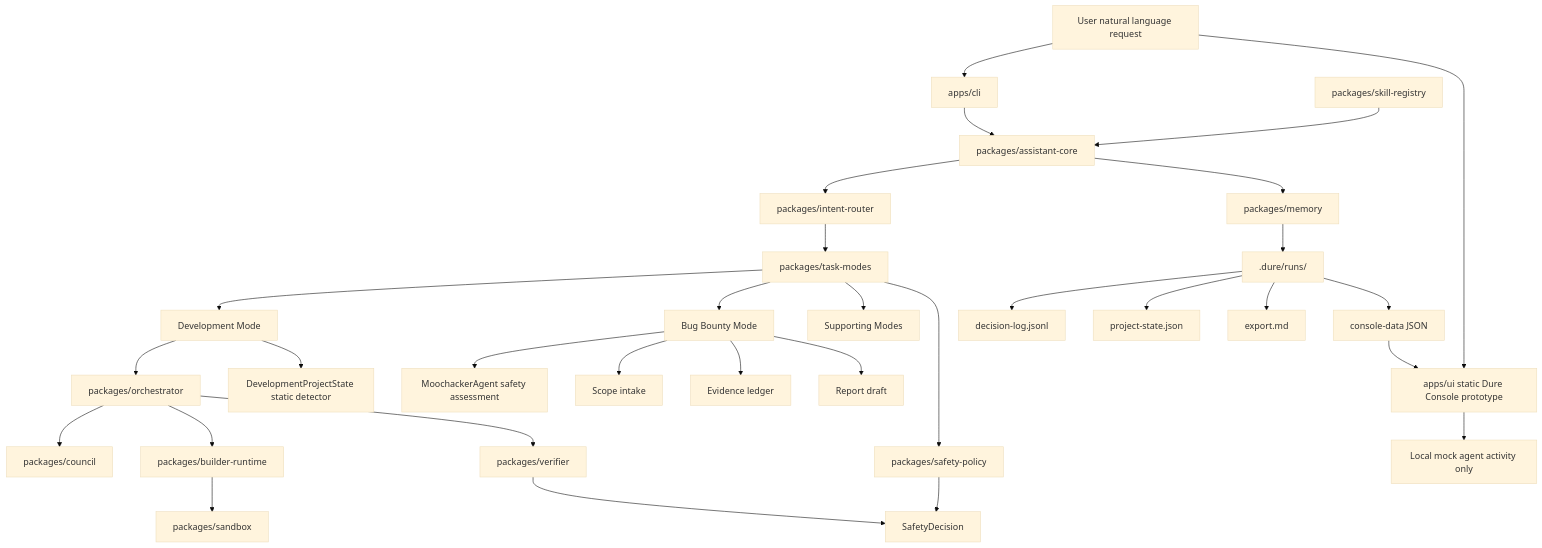
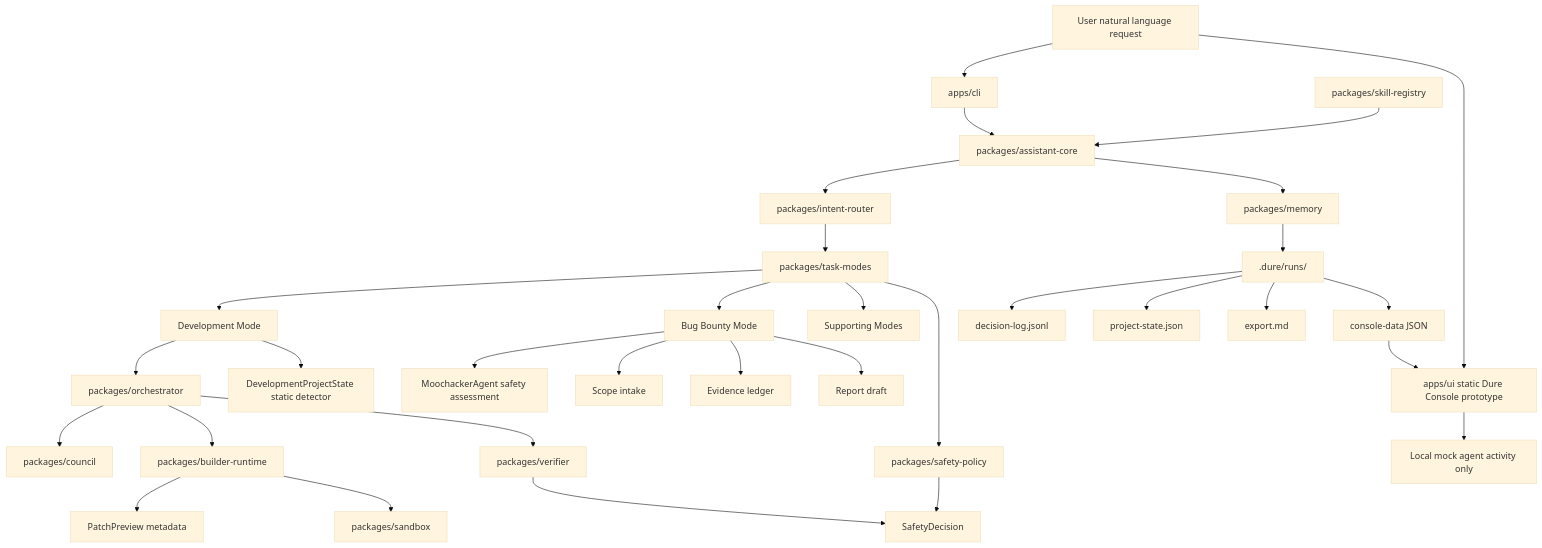
Before and after one commit to eklim23/Dure: the diagram in docs/architecture-diagram.md, drawn with Mermaid (base theme). The commit also changed other lines of this file and 15 other files, not shown here.

Commit message:
Add development patch preview metadata

````diff
--- a/docs/architecture-diagram.md
+++ b/docs/architecture-diagram.md
@@ -3,39 +3,40 @@
 ```mermaid
 flowchart TD
   User["User natural language request"] --> CLI["apps/cli"]
   User --> UI["apps/ui static Dure Console prototype"]
   UI --> UIState["Local mock agent activity only"]
   CLI --> AssistantCore["packages/assistant-core"]
   AssistantCore --> IntentRouter["packages/intent-router"]
   IntentRouter --> TaskModes["packages/task-modes"]
 
   TaskModes --> Development["Development Mode"]
   TaskModes --> BugBounty["Bug Bounty Mode"]
   TaskModes --> Supporting["Supporting Modes"]
 
   Development --> Orchestrator["packages/orchestrator"]
   Development --> ProjectState["DevelopmentProjectState static detector"]
   Orchestrator --> Council["packages/council"]
   Orchestrator --> BuilderRuntime["packages/builder-runtime"]
+  BuilderRuntime --> PatchPreview["PatchPreview metadata"]
   BuilderRuntime --> Sandbox["packages/sandbox"]
   Orchestrator --> Verifier["packages/verifier"]
 
   BugBounty --> Moochacker["MoochackerAgent safety assessment"]
   BugBounty --> Scope["Scope intake"]
   BugBounty --> Evidence["Evidence ledger"]
   BugBounty --> Report["Report draft"]
 
   TaskModes --> SafetyPolicy["packages/safety-policy"]
   SafetyPolicy --> SafetyDecision["SafetyDecision"]
   Verifier --> SafetyDecision
 
   AssistantCore --> Memory["packages/memory"]
   Memory --> Runs[".dure/runs/<run-id>"]
   Runs --> DecisionLog["decision-log.jsonl"]
   Runs --> ProjectStateJson["project-state.json"]
   Runs --> Export["export.md"]
   Runs --> ConsoleData["console-data JSON"]
   ConsoleData --> UI
 
   SkillRegistry["packages/skill-registry"] --> AssistantCore
 ```
````
